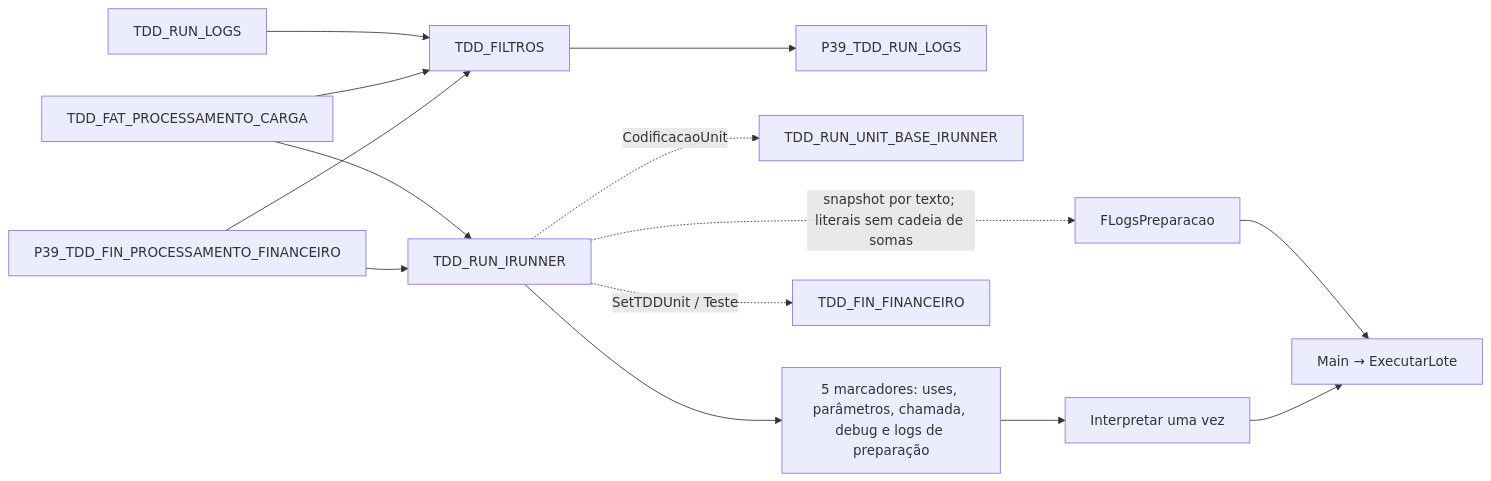
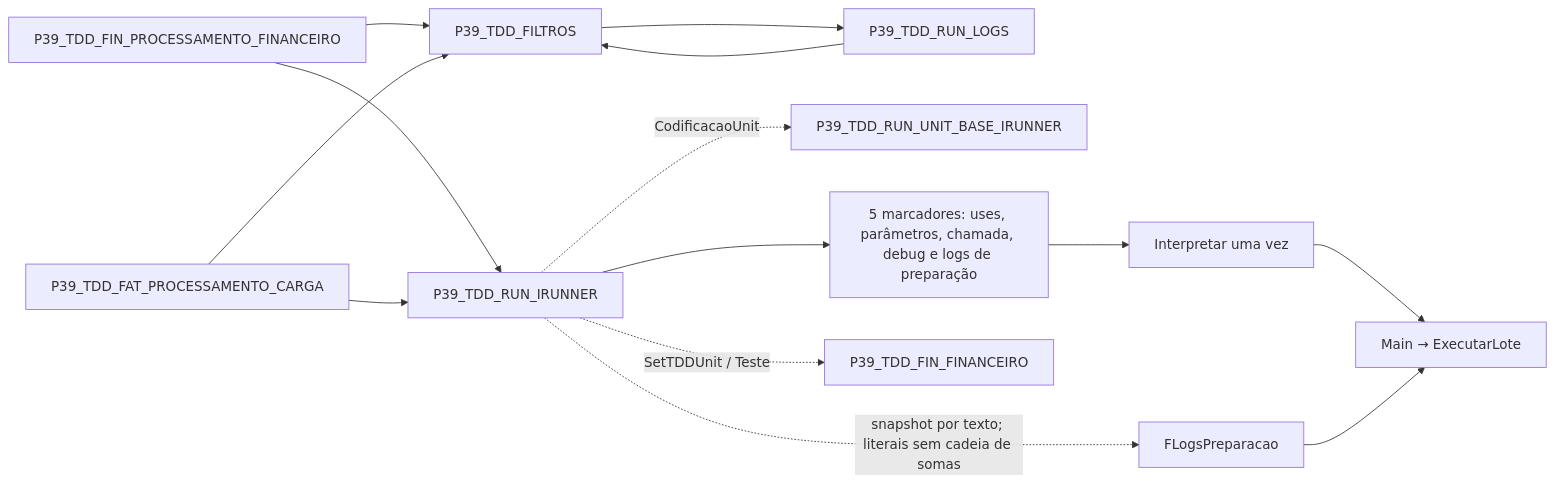
Before and after one commit to ModulosTestesAutomatizados/TestesAutomatizadosERP: the diagram in docs/MAPEAMENTO_AST_USES_UNITS/runner/geracao.md, drawn with Mermaid. The commit also changed 69 other files, not shown here.

````diff
--- a/docs/MAPEAMENTO_AST_USES_UNITS/runner/geracao.md
+++ b/docs/MAPEAMENTO_AST_USES_UNITS/runner/geracao.md
@@ -3,16 +3,16 @@
 ```mermaid
 flowchart LR
- P39_TDD_FIN_PROCESSAMENTO_FINANCEIRO --> TDD_RUN_IRUNNER
- P39_TDD_FIN_PROCESSAMENTO_FINANCEIRO --> TDD_FILTROS
- TDD_FAT_PROCESSAMENTO_CARGA --> TDD_RUN_IRUNNER
- TDD_FAT_PROCESSAMENTO_CARGA --> TDD_FILTROS
- TDD_FILTROS --> P39_TDD_RUN_LOGS
- TDD_RUN_LOGS --> TDD_FILTROS
- TDD_RUN_IRUNNER -. "CodificacaoUnit" .-> TDD_RUN_UNIT_BASE_IRUNNER
- TDD_RUN_IRUNNER --> M["5 marcadores: uses, parâmetros, chamada, debug e logs de preparação"]
+ P39_TDD_FIN_PROCESSAMENTO_FINANCEIRO --> P39_TDD_RUN_IRUNNER
+ P39_TDD_FIN_PROCESSAMENTO_FINANCEIRO --> P39_TDD_FILTROS
+ P39_TDD_FAT_PROCESSAMENTO_CARGA --> P39_TDD_RUN_IRUNNER
+ P39_TDD_FAT_PROCESSAMENTO_CARGA --> P39_TDD_FILTROS
+ P39_TDD_FILTROS --> P39_TDD_RUN_LOGS
+ P39_TDD_RUN_LOGS --> P39_TDD_FILTROS
+ P39_TDD_RUN_IRUNNER -. "CodificacaoUnit" .-> P39_TDD_RUN_UNIT_BASE_IRUNNER
+ P39_TDD_RUN_IRUNNER --> M["5 marcadores: uses, parâmetros, chamada, debug e logs de preparação"]
  M --> I["Interpretar uma vez"]
  I --> L["Main → ExecutarLote"]
- TDD_RUN_IRUNNER -. "snapshot por texto; literais sem cadeia de somas" .-> P["FLogsPreparacao"]
+ P39_TDD_RUN_IRUNNER -. "snapshot por texto; literais sem cadeia de somas" .-> P["FLogsPreparacao"]
  P --> L
- TDD_RUN_IRUNNER -. "SetTDDUnit / Teste" .-> TDD_FIN_FINANCEIRO
+ P39_TDD_RUN_IRUNNER -. "SetTDDUnit / Teste" .-> P39_TDD_FIN_FINANCEIRO
 ```
````
